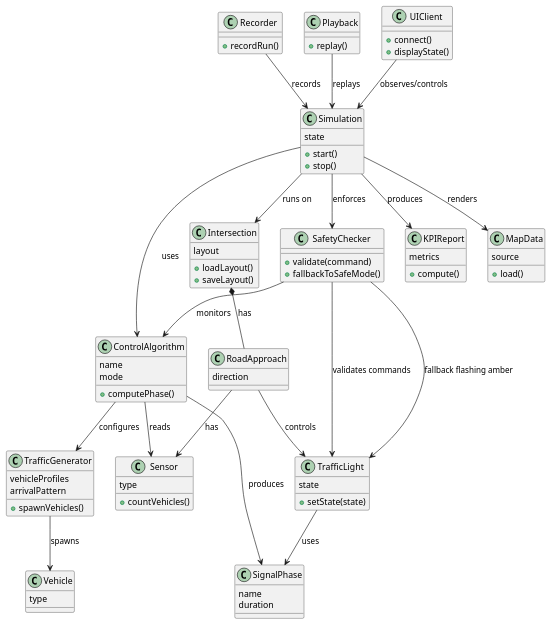
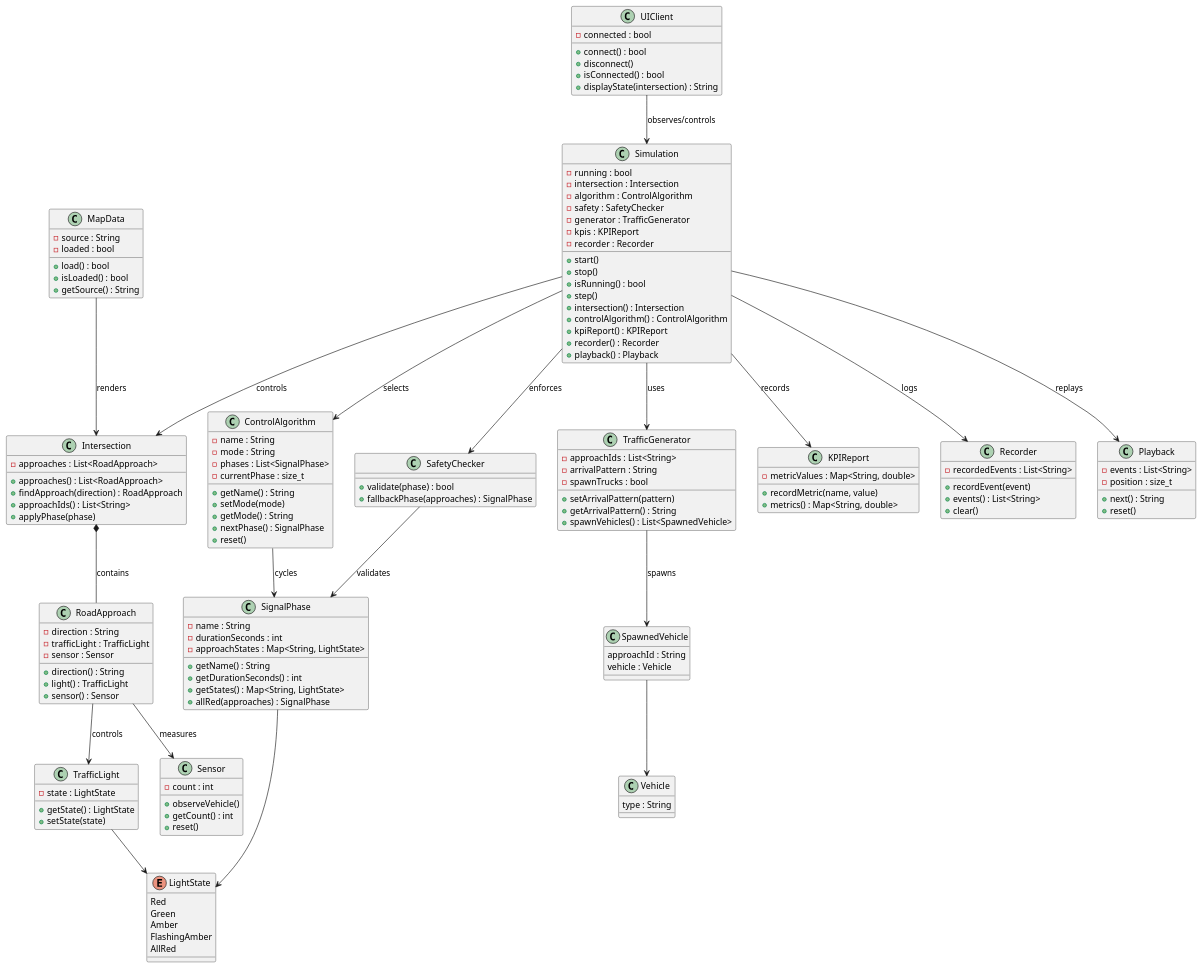
The diagram in cross-road.puml (jincge/cross-roads-ai), drawn with PlantUML before and after one commit. The commit also changed 1 other file, not shown here.

Commit message:
Add OpenAPI spec and align domain model diagram

```diff
--- a/cross-road.puml
+++ b/cross-road.puml
@@ -1,98 +1,160 @@
 @startuml
-' Domain model extracted from cross-road.md
+' Domain model aligned with src/DomainModel.*
 
 class Simulation {
-  state
+  -running : bool
+  -intersection : Intersection
+  -algorithm : ControlAlgorithm
+  -safety : SafetyChecker
+  -generator : TrafficGenerator
+  -kpis : KPIReport
+  -recorder : Recorder
   +start()
   +stop()
+  +isRunning() : bool
+  +step()
+  +intersection() : Intersection
+  +controlAlgorithm() : ControlAlgorithm
+  +kpiReport() : KPIReport
+  +recorder() : Recorder
+  +playback() : Playback
 }
 
 class Intersection {
-  layout
-  +loadLayout()
-  +saveLayout()
+  -approaches : List<RoadApproach>
+  +approaches() : List<RoadApproach>
+  +findApproach(direction) : RoadApproach
+  +approachIds() : List<String>
+  +applyPhase(phase)
 }
 
 class RoadApproach {
-  direction
+  -direction : String
+  -trafficLight : TrafficLight
+  -sensor : Sensor
+  +direction() : String
+  +light() : TrafficLight
+  +sensor() : Sensor
 }
 
 class TrafficLight {
-  state
+  -state : LightState
+  +getState() : LightState
   +setState(state)
 }
 
+enum LightState {
+  Red
+  Green
+  Amber
+  FlashingAmber
+  AllRed
+}
+
+class Sensor {
+  -count : int
+  +observeVehicle()
+  +getCount() : int
+  +reset()
+}
+
 class SignalPhase {
-  name
-  duration
+  -name : String
+  -durationSeconds : int
+  -approachStates : Map<String, LightState>
+  +getName() : String
+  +getDurationSeconds() : int
+  +getStates() : Map<String, LightState>
+  +allRed(approaches) : SignalPhase
 }
 
 class ControlAlgorithm {
-  name
-  mode
-  +computePhase()
+  -name : String
+  -mode : String
+  -phases : List<SignalPhase>
+  -currentPhase : size_t
+  +getName() : String
+  +setMode(mode)
+  +getMode() : String
+  +nextPhase() : SignalPhase
+  +reset()
 }
 
 class SafetyChecker {
-  +validate(command)
-  +fallbackToSafeMode()
+  +validate(phase) : bool
+  +fallbackPhase(approaches) : SignalPhase
 }
 
 class TrafficGenerator {
-  vehicleProfiles
-  arrivalPattern
-  +spawnVehicles()
+  -approachIds : List<String>
+  -arrivalPattern : String
+  -spawnTrucks : bool
+  +setArrivalPattern(pattern)
+  +getArrivalPattern() : String
+  +spawnVehicles() : List<SpawnedVehicle>
 }
 
 class Vehicle {
-  type
+  type : String
 }
 
-class Sensor {
-  type
-  +countVehicles()
+class SpawnedVehicle {
+  approachId : String
+  vehicle : Vehicle
 }
 
 class KPIReport {
-  metrics
-  +compute()
+  -metricValues : Map<String, double>
+  +recordMetric(name, value)
+  +metrics() : Map<String, double>
 }
 
 class Recorder {
-  +recordRun()
+  -recordedEvents : List<String>
+  +recordEvent(event)
+  +events() : List<String>
+  +clear()
 }
 
 class Playback {
-  +replay()
+  -events : List<String>
+  -position : size_t
+  +next() : String
+  +reset()
 }
 
 class MapData {
-  source
-  +load()
+  -source : String
+  -loaded : bool
+  +load() : bool
+  +isLoaded() : bool
+  +getSource() : String
 }
 
 class UIClient {
-  +connect()
-  +displayState()
+  -connected : bool
+  +connect() : bool
+  +disconnect()
+  +isConnected() : bool
+  +displayState(intersection) : String
 }
 
-Simulation --> Intersection : runs on
-Intersection *-- RoadApproach : has
+Simulation --> Intersection : controls
+Simulation --> ControlAlgorithm : selects
+Simulation --> TrafficGenerator : uses
+Simulation --> SafetyChecker : enforces
+Simulation --> KPIReport : records
+Simulation --> Recorder : logs
+Simulation --> Playback : replays
+Intersection *-- RoadApproach : contains
 RoadApproach --> TrafficLight : controls
-TrafficLight --> SignalPhase : uses
-Simulation --> ControlAlgorithm : uses
-ControlAlgorithm --> SignalPhase : produces
-ControlAlgorithm --> Sensor : reads
-ControlAlgorithm --> TrafficGenerator : configures
-Simulation --> SafetyChecker : enforces
-SafetyChecker --> TrafficLight : validates commands
-SafetyChecker --> ControlAlgorithm : monitors
-SafetyChecker --> TrafficLight : "fallback flashing amber"
-TrafficGenerator --> Vehicle : spawns
-RoadApproach --> Sensor : has
-Simulation --> KPIReport : produces
-Recorder --> Simulation : records
-Playback --> Simulation : replays
-Simulation --> MapData : renders
+RoadApproach --> Sensor : measures
+ControlAlgorithm --> SignalPhase : cycles
+SafetyChecker --> SignalPhase : validates
+TrafficGenerator --> SpawnedVehicle : spawns
+SpawnedVehicle --> Vehicle
 UIClient --> Simulation : observes/controls
+MapData --> Intersection : renders
+SignalPhase --> LightState
+TrafficLight --> LightState
 @enduml
```
